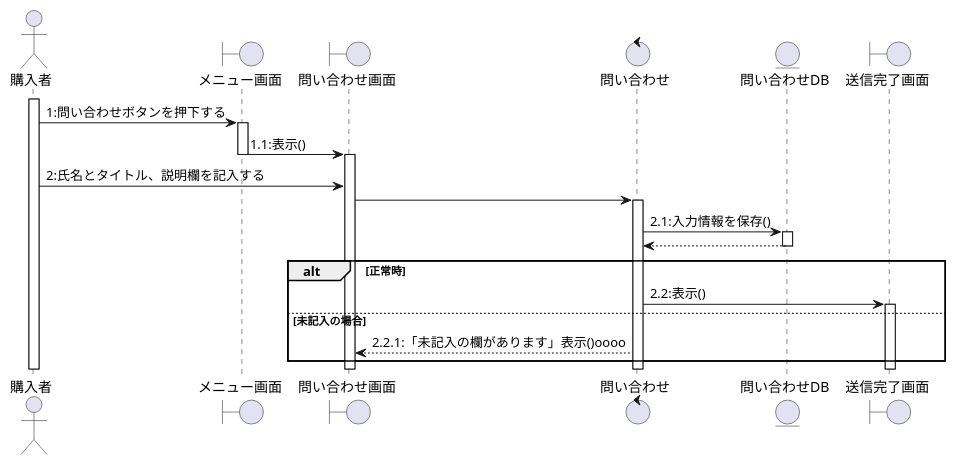
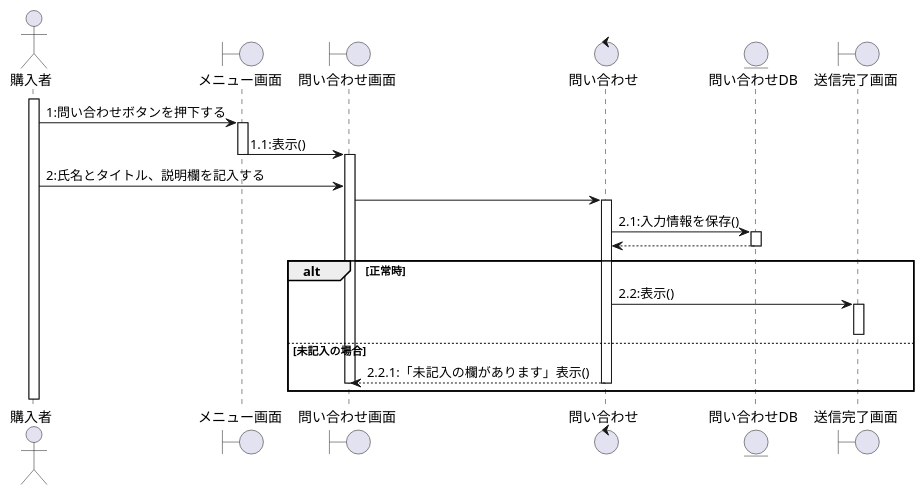
The diagram in シーケンス/シーケンス_購入者/問い合わせ.puml (T-kouki/local-vege-link), drawn with PlantUML before and after one commit. The commit also changed 9 other files, not shown here.

```diff
--- a/シーケンス/シーケンス_購入者/問い合わせ.puml
+++ b/シーケンス/シーケンス_購入者/問い合わせ.puml
@@ -1,30 +1,33 @@
 @startuml
 
 
 actor 購入者
 boundary メニュー画面
 boundary 問い合わせ画面
 control 問い合わせ
 entity 問い合わせDB
 boundary 送信完了画面
 
 activate 購入者
 購入者 -> メニュー画面:1:問い合わせボタンを押下する
 activate メニュー画面
 メニュー画面 -> 問い合わせ画面:1.1:表示()
 deactivate メニュー画面
 activate 問い合わせ画面
 購入者 -> 問い合わせ画面:2:氏名とタイトル、説明欄を記入する
 問い合わせ画面 -> 問い合わせ :
 activate 問い合わせ
 問い合わせ -> 問い合わせDB :2.1:入力情報を保存()
 activate 問い合わせDB
 問い合わせDB --> 問い合わせ:
 deactivate 問い合わせDB
 alt 正常時
     問い合わせ -> 送信完了画面:2.2:表示()
     activate 送信完了画面
+    deactivate 送信完了画面
 else 未記入の場合
-    問い合わせ --> 問い合わせ画面:2.2.1:「未記入の欄があります」表示()oooo
+    問い合わせ --> 問い合わせ画面:2.2.1:「未記入の欄があります」表示()
+    deactivate 問い合わせ画面
+    deactivate 問い合わせ
 end
 @endum
```
